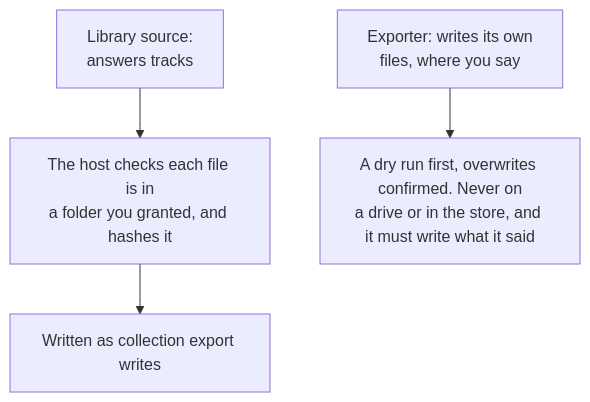
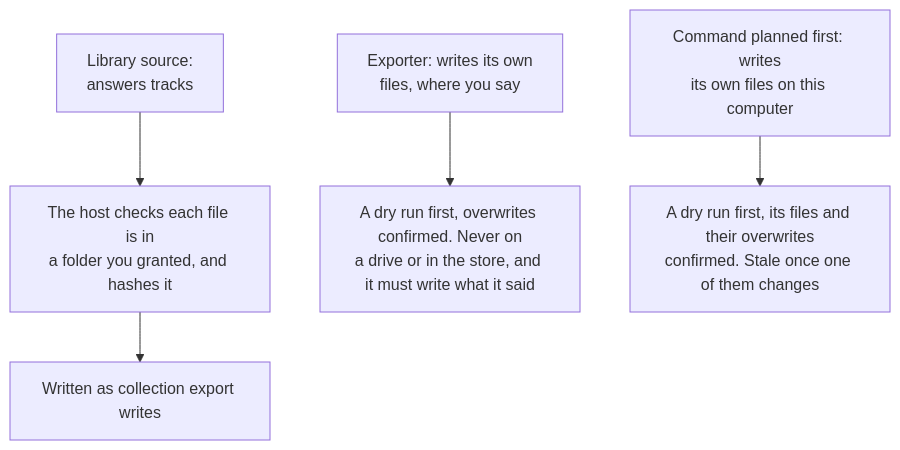
Before and after one commit to cutenode/localnetwork: diagram 11 of 17 in apps/locallibrary/docs/diagrams/plugins.md, drawn with Mermaid. The commit also changed other lines of this file and 3 other files, not shown here.

First line of the commit message:
docs(locallibrary): draw planned plugin commands in the diagrams

````diff
--- a/apps/locallibrary/docs/diagrams/plugins.md
+++ b/apps/locallibrary/docs/diagrams/plugins.md
@@ -246,6 +247,7 @@
 ```mermaid
 flowchart TD
     source["Library source:<br/>answers tracks"] --> copied["The host checks each file is in<br/>a folder you granted, and hashes it"]
     copied --> built["Written as collection export writes"]
     exporter["Exporter: writes its own<br/>files, where you say"] --> dry["A dry run first, overwrites confirmed. Never on<br/>a drive or in the store, and it must write what it said"]
+    command["Command planned first: writes<br/>its own files on this computer"] --> planned["A dry run first, its files and their overwrites<br/>confirmed. Stale once one of them changes"]
 ```
````
